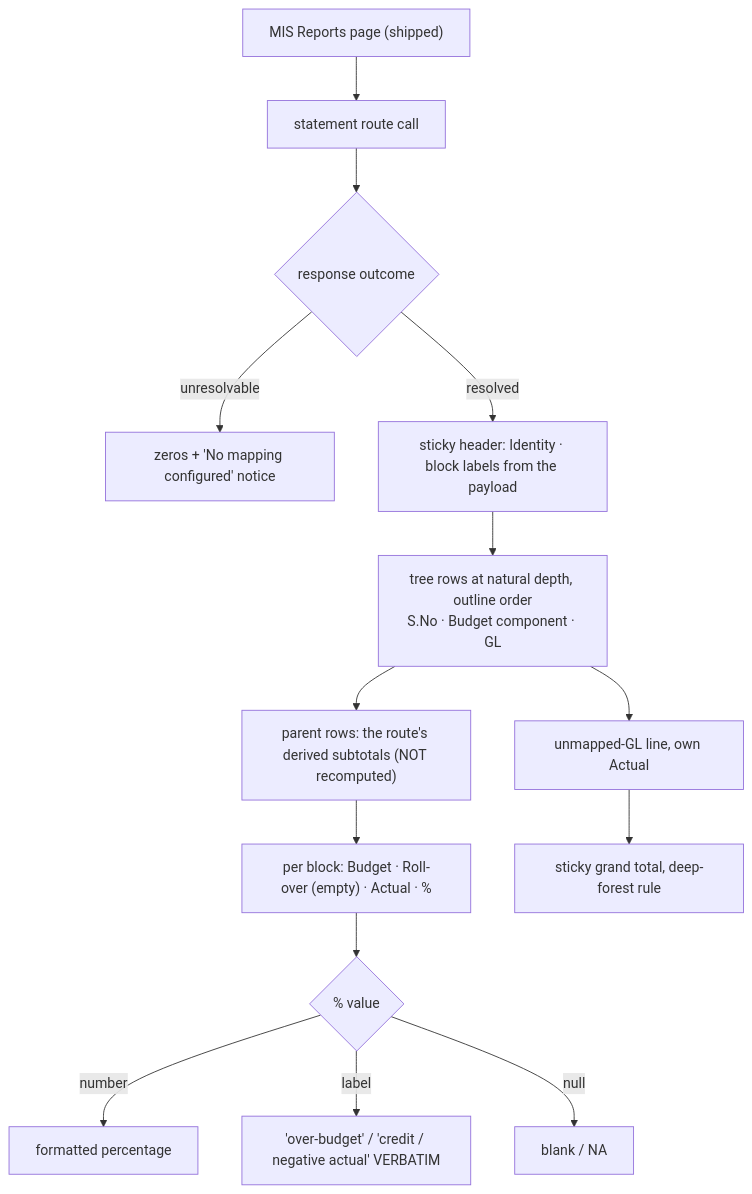
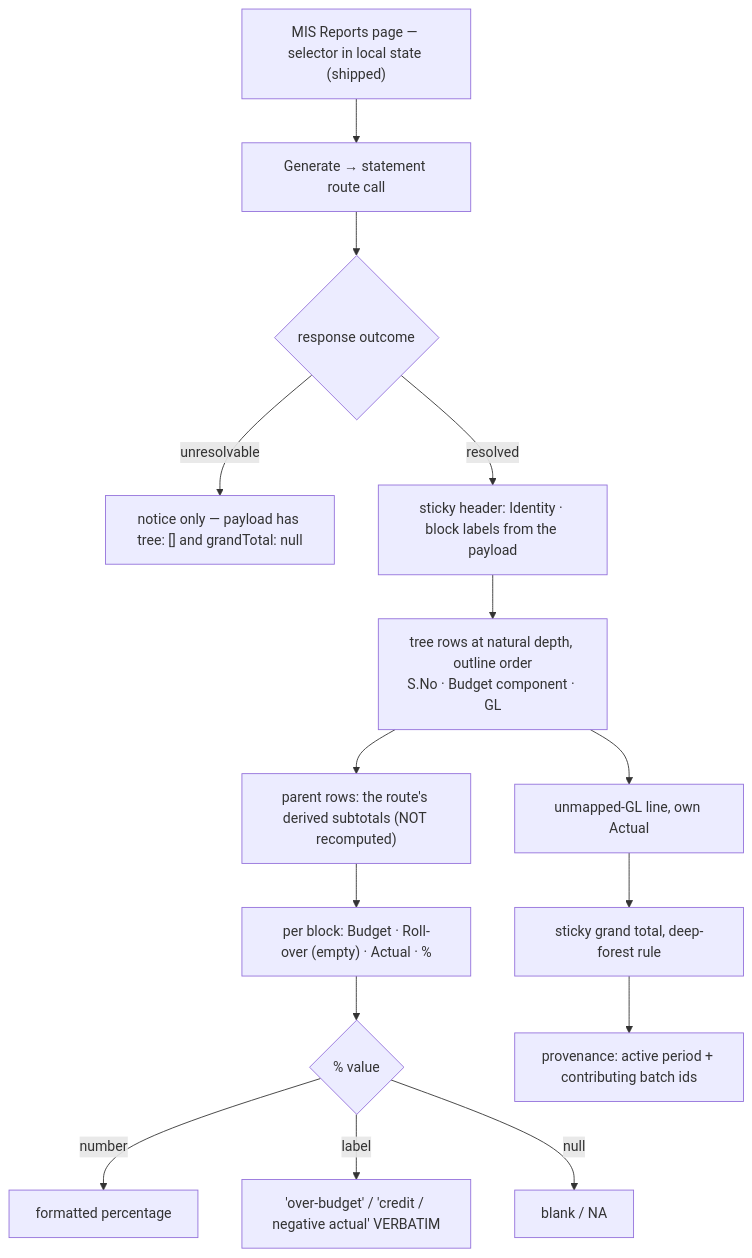
One commit to kl-rahulanand/3f-oil-palm changed the diagram in .factory/stories/mis-statement/task-plans/statement-view.md. Above: the diagram before and after it, drawn with Mermaid. The commit also changed other lines of this file and 5 other files, not shown here.

First line of the commit message:
mis-statement: rewrite the statement-view contract for the task grill

````diff
--- a/.factory/stories/mis-statement/task-plans/statement-view.md
+++ b/.factory/stories/mis-statement/task-plans/statement-view.md
@@ -86,16 +106,17 @@
 ```mermaid
 flowchart TD
-  M["MIS Reports page (shipped)"] --> S["statement route call"]
+  M["MIS Reports page — selector in local state (shipped)"] --> S["Generate → statement route call"]
   S --> U{response outcome}
-  U -->|unresolvable| N["zeros + 'No mapping configured' notice"]
+  U -->|unresolvable| N["notice only — payload has tree: [] and grandTotal: null"]
   U -->|resolved| H["sticky header: Identity · block labels from the payload"]
   H --> T["tree rows at natural depth, outline order<br/>S.No · Budget component · GL"]
   T --> P["parent rows: the route's derived subtotals (NOT recomputed)"]
   P --> B["per block: Budget · Roll-over (empty) · Actual · %"]
   B --> V{"% value"}
   V -->|number| Pc["formatted percentage"]
   V -->|label| Lb["'over-budget' / 'credit / negative actual' VERBATIM"]
   V -->|null| Na["blank / NA"]
   T --> G["unmapped-GL line, own Actual"]
   G --> GT["sticky grand total, deep-forest rule"]
+  GT --> PV["provenance: active period + contributing batch ids"]
 ```
````
